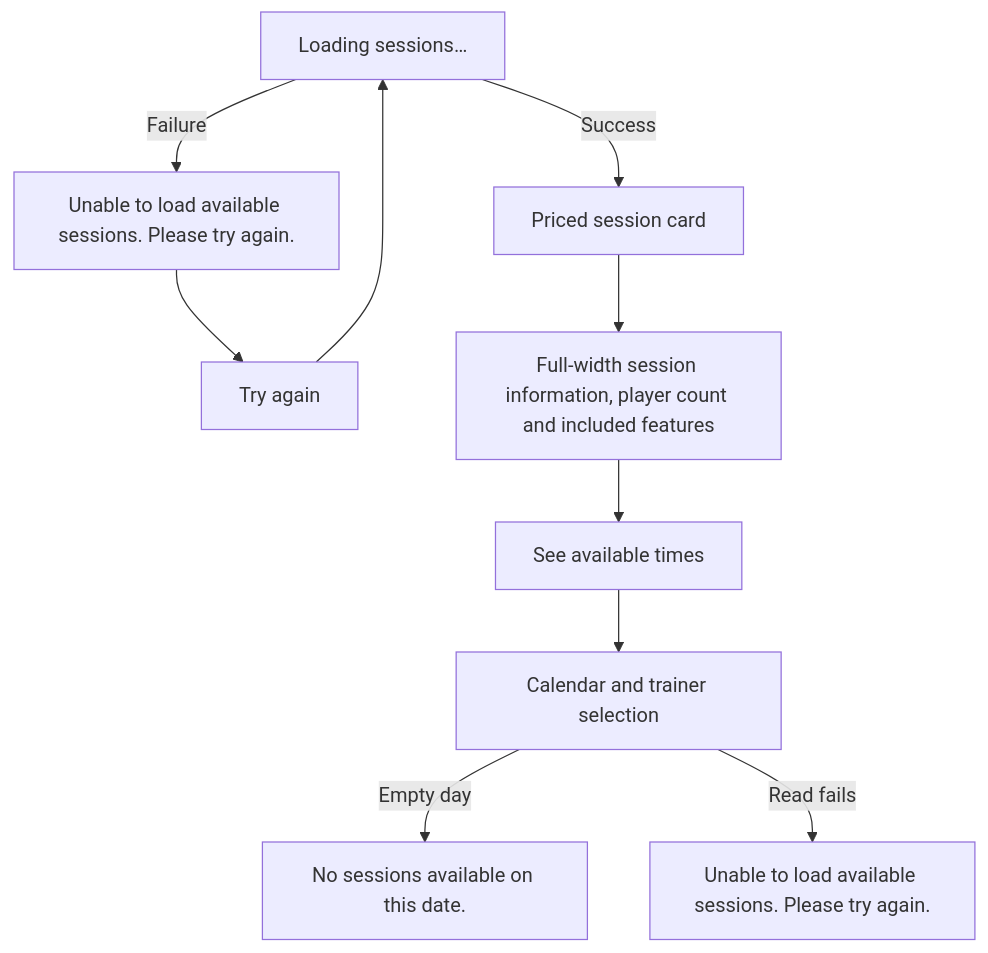
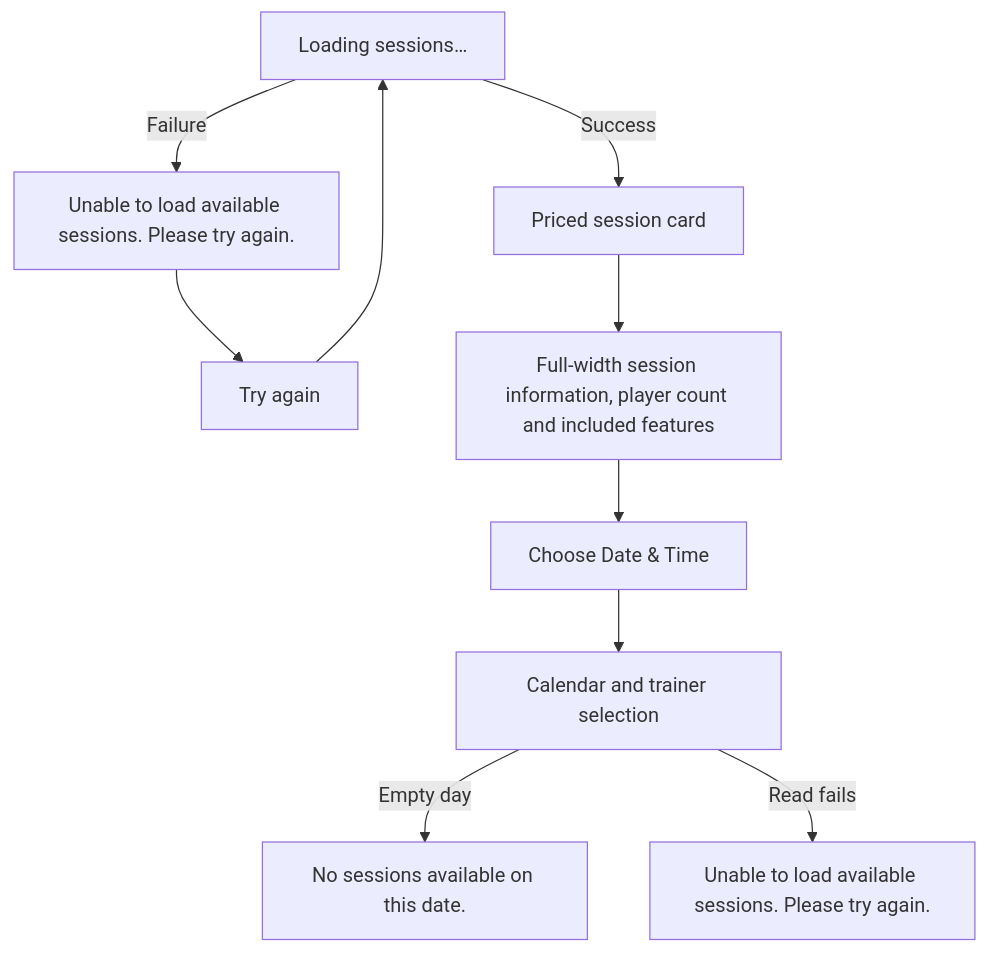
Before and after one commit to soccerbotstudiosg/soccerbotstudioSG: the fourth of 19 diagrams in docs/booking-flows.md, drawn with Mermaid. The commit also changed other lines of this file and 44 other files, not shown here.

````diff
--- a/docs/booking-flows.md
+++ b/docs/booking-flows.md
@@ -54,11 +58,11 @@
 ```mermaid
 flowchart TD
   A["Loading sessions…"] -->|Failure| B["Unable to load available sessions. Please try again."]
   B --> C["Try again"] --> A
   A -->|Success| D["Priced session card"]
   D --> E["Full-width session information, player count and included features"]
-  E --> F["See available times"]
+  E --> F["Choose Date & Time"]
   F --> G["Calendar and trainer selection"]
   G -->|Empty day| H["No sessions available on this date."]
   G -->|Read fails| I["Unable to load available sessions. Please try again."]
 ```
````
